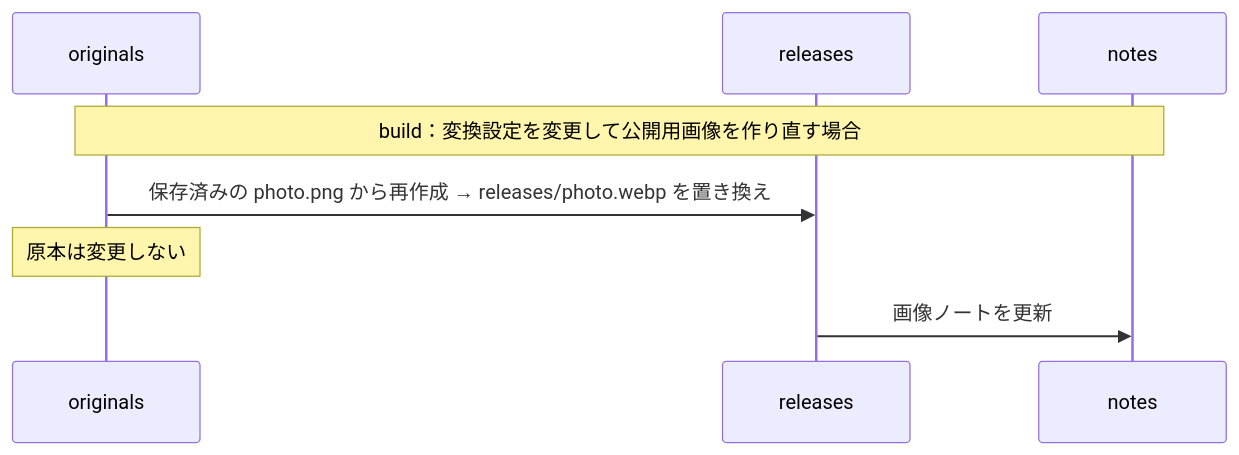
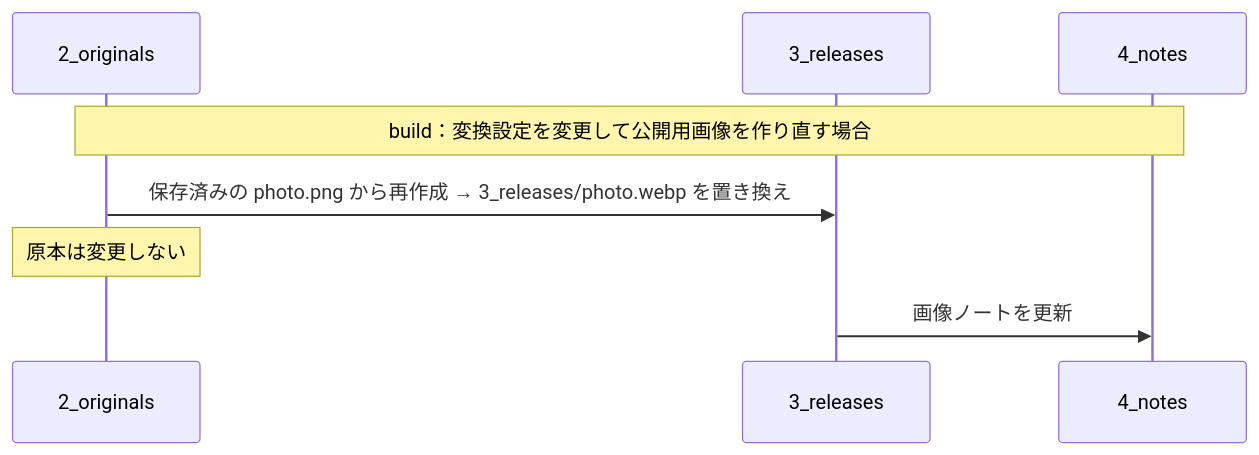
The fifth of 6 diagrams in README.md (tuckn/tkn_object_storage_catalog), drawn with Mermaid before and after one commit. The commit also changed other lines of this file and 20 other files, not shown here.

````diff
--- a/README.md
+++ b/README.md
@@ -948,11 +991,11 @@
 ```mermaid
 sequenceDiagram
-    participant Originals as originals
-    participant Releases as releases
-    participant Notes as notes
+    participant Originals as 2_originals
+    participant Releases as 3_releases
+    participant Notes as 4_notes
 
     Note over Originals,Notes: build：変換設定を変更して公開用画像を作り直す場合
-    Originals->>Releases: 保存済みの photo.png から再作成 → releases/photo.webp を置き換え
+    Originals->>Releases: 保存済みの photo.png から再作成 → 3_releases/photo.webp を置き換え
     Note over Originals: 原本は変更しない
     Releases->>Notes: 画像ノートを更新
 ```
````
